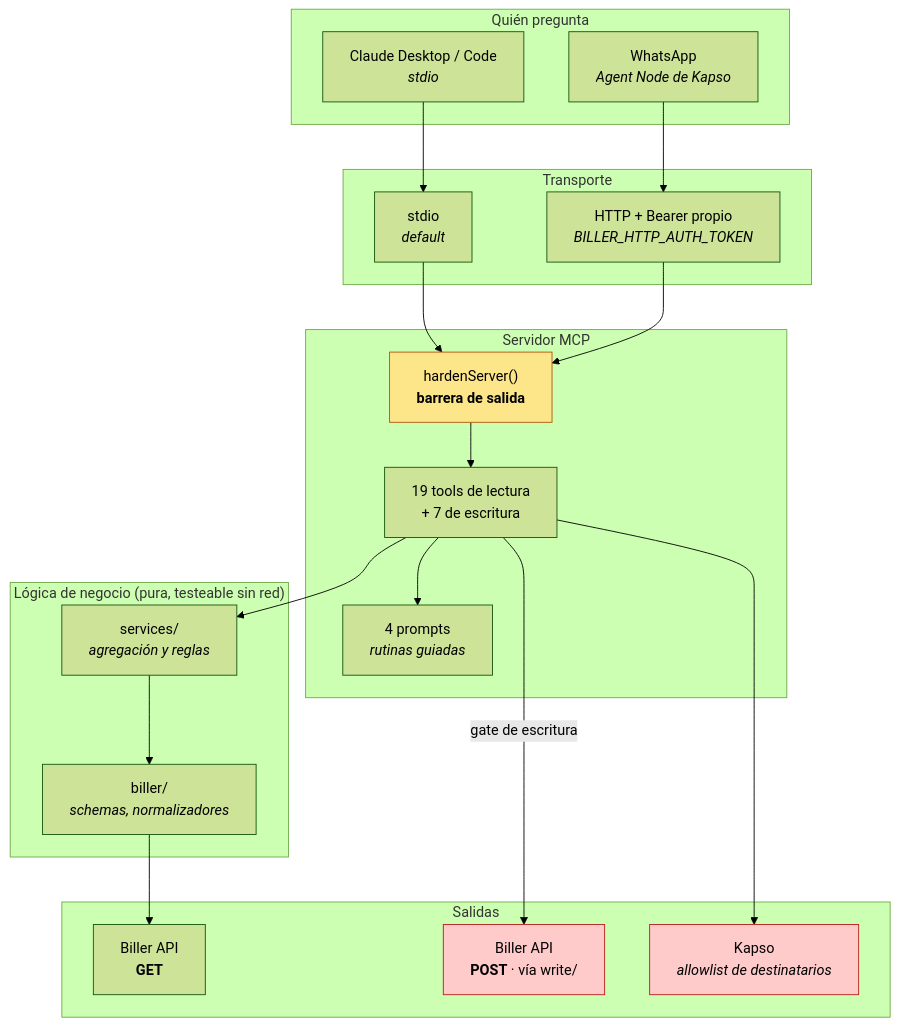
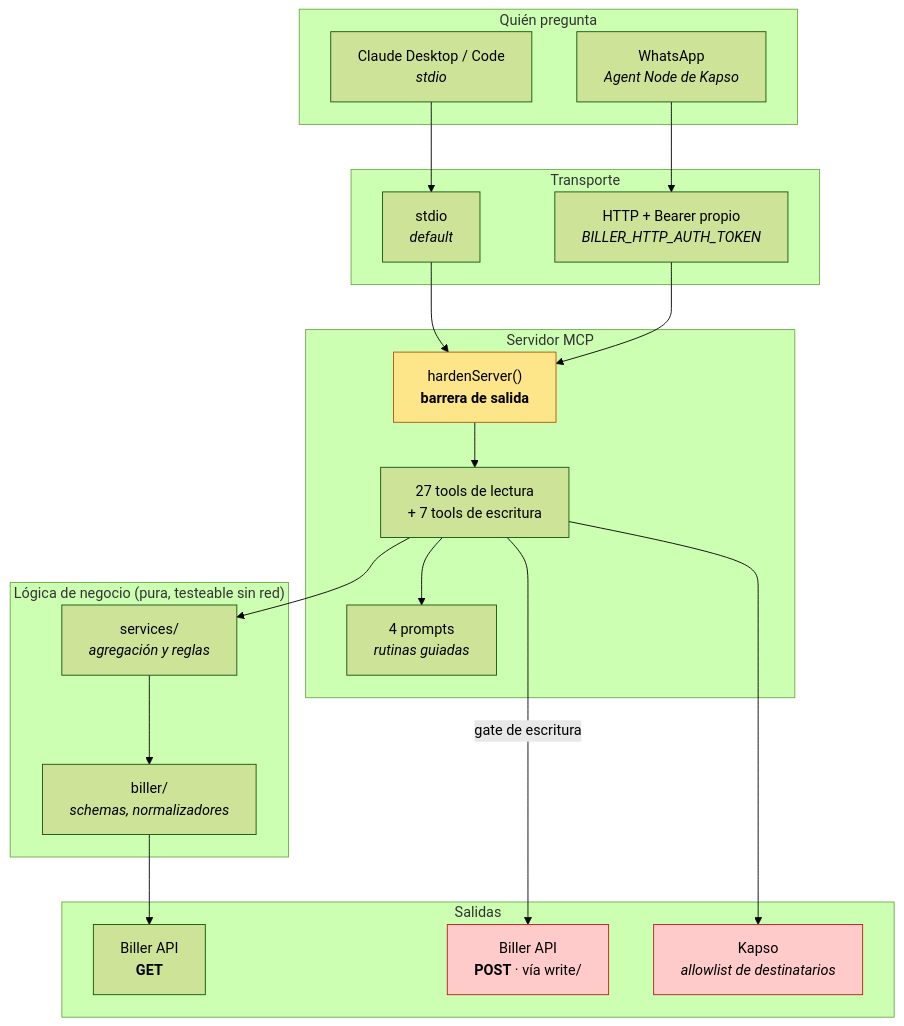
Before and after one commit to MateoFabregat/MCP_Biller: the first of 7 diagrams in docs/ARQUITECTURA.md, drawn with Mermaid (forest theme). The commit also changed other lines of this file and 6 other files, not shown here.

````diff
--- a/docs/ARQUITECTURA.md
+++ b/docs/ARQUITECTURA.md
@@ -14,45 +14,45 @@
 ```mermaid
 flowchart TB
     subgraph clientes["Quién pregunta"]
         CD["Claude Desktop / Code<br/><i>stdio</i>"]
         WA["WhatsApp<br/><i>Agent Node de Kapso</i>"]
     end
 
     subgraph transporte["Transporte"]
         STDIO["stdio<br/><i>default</i>"]
         HTTP["HTTP + Bearer propio<br/><i>BILLER_HTTP_AUTH_TOKEN</i>"]
     end
 
     subgraph server["Servidor MCP"]
         HARDEN["hardenServer()<br/><b>barrera de salida</b>"]
-        TOOLS["19 tools de lectura<br/>+ 7 de escritura"]
+        TOOLS["27 tools de lectura<br/>+ 7 tools de escritura"]
         PROMPTS["4 prompts<br/><i>rutinas guiadas</i>"]
     end
 
     subgraph logica["Lógica de negocio (pura, testeable sin red)"]
         SERV["services/<br/><i>agregación y reglas</i>"]
         SCHEMA["biller/<br/><i>schemas, normalizadores</i>"]
     end
 
     subgraph salida["Salidas"]
         GET["Biller API<br/><b>GET</b>"]
         POST["Biller API<br/><b>POST</b> · vía write/"]
         KAPSO["Kapso<br/><i>allowlist de destinatarios</i>"]
     end
 
     CD --> STDIO
     WA --> HTTP
     STDIO --> HARDEN
     HTTP --> HARDEN
     HARDEN --> TOOLS
     TOOLS --> PROMPTS
     TOOLS --> SERV
     SERV --> SCHEMA
     SCHEMA --> GET
     TOOLS -- "gate de escritura" --> POST
     TOOLS --> KAPSO
 
     style HARDEN fill:#fde68a,stroke:#b45309,color:#000
     style POST fill:#fecaca,stroke:#b91c1c,color:#000
     style KAPSO fill:#fecaca,stroke:#b91c1c,color:#000
 ```
````
